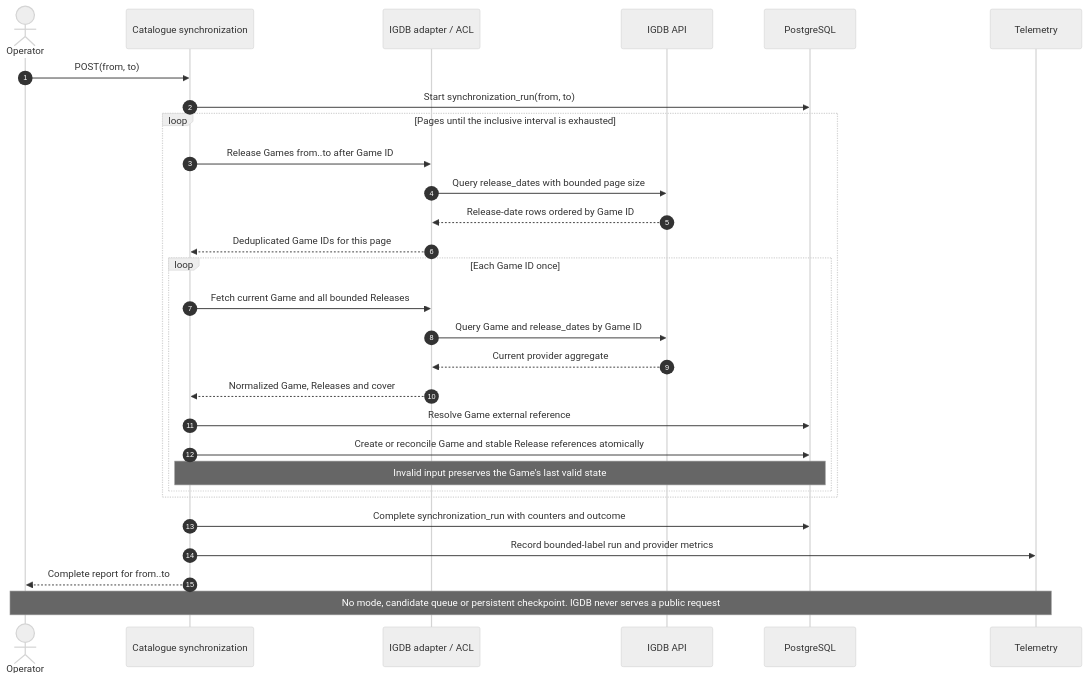
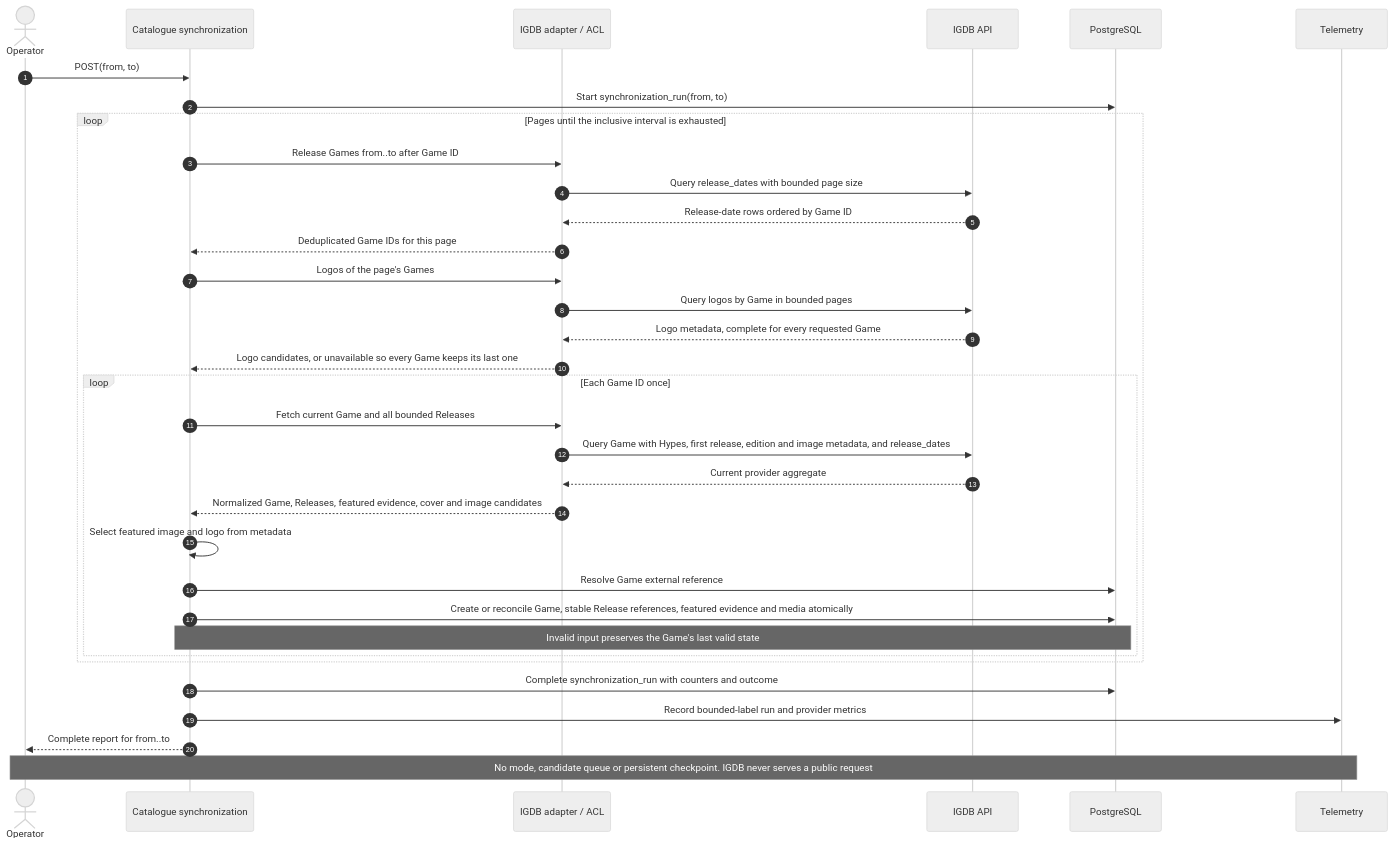
Before and after one commit to rubhern/videogame-platform: the diagram in docs/architecture/diagrams/mermaid/synchronize-bounded-catalogue-sequence.mmd, drawn with Mermaid (neutral theme). The commit also changed 125 other files, not shown here.

First line of the commit message:
feat(catalogue, frontend): implement featured releases and featured media structure (#151)

```diff
--- a/docs/architecture/diagrams/mermaid/synchronize-bounded-catalogue-sequence.mmd
+++ b/docs/architecture/diagrams/mermaid/synchronize-bounded-catalogue-sequence.mmd
@@ -1,35 +1,40 @@
 sequenceDiagram
     autonumber
 
     actor Operator
     participant Sync as Catalogue synchronization
     participant Adapter as IGDB adapter / ACL
     participant IGDB as IGDB API
     participant DB as PostgreSQL
     participant Telemetry
 
     Operator->>Sync: POST(from, to)
     Sync->>DB: Start synchronization_run(from, to)
 
     loop Pages until the inclusive interval is exhausted
         Sync->>Adapter: Release Games from..to after Game ID
         Adapter->>IGDB: Query release_dates with bounded page size
         IGDB-->>Adapter: Release-date rows ordered by Game ID
         Adapter-->>Sync: Deduplicated Game IDs for this page
+        Sync->>Adapter: Logos of the page's Games
+        Adapter->>IGDB: Query logos by Game in bounded pages
+        IGDB-->>Adapter: Logo metadata, complete for every requested Game
+        Adapter-->>Sync: Logo candidates, or unavailable so every Game keeps its last one
 
         loop Each Game ID once
             Sync->>Adapter: Fetch current Game and all bounded Releases
-            Adapter->>IGDB: Query Game and release_dates by Game ID
+            Adapter->>IGDB: Query Game with Hypes, first release, edition and image metadata, and release_dates
             IGDB-->>Adapter: Current provider aggregate
-            Adapter-->>Sync: Normalized Game, Releases and cover
+            Adapter-->>Sync: Normalized Game, Releases, featured evidence, cover and image candidates
+            Sync->>Sync: Select featured image and logo from metadata
             Sync->>DB: Resolve Game external reference
-            Sync->>DB: Create or reconcile Game and stable Release references atomically
+            Sync->>DB: Create or reconcile Game, stable Release references, featured evidence and media atomically
             Note over Sync,DB: Invalid input preserves the Game's last valid state
         end
     end
 
     Sync->>DB: Complete synchronization_run with counters and outcome
     Sync->>Telemetry: Record bounded-label run and provider metrics
     Sync-->>Operator: Complete report for from..to
 
     Note over Operator,Telemetry: No mode, candidate queue or persistent checkpoint. IGDB never serves a public request
```
